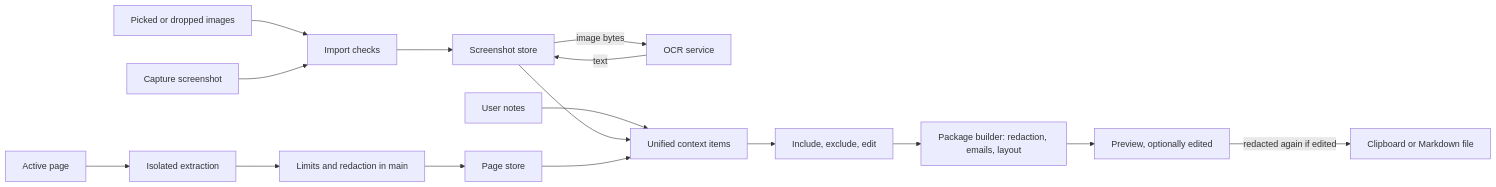
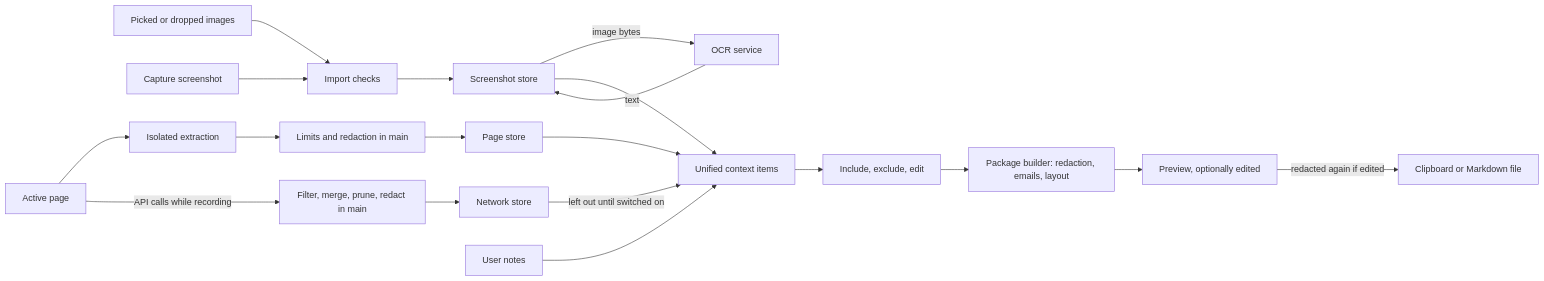
The third of 3 diagrams in docs/ARCHITECTURE.md (Avneet-singh-rainu/ai-context-bridge), drawn with Mermaid before and after one commit. The commit also changed other lines of this file and 37 other files, not shown here.

First line of the commit message:
feat(network): record API responses into the context package

````diff
--- a/docs/ARCHITECTURE.md
+++ b/docs/ARCHITECTURE.md
@@ -126,16 +132,18 @@
 ```mermaid
 flowchart LR
   files[Picked or dropped images] --> checks[Import checks]
   capture[Capture screenshot] --> checks
   checks --> shots[Screenshot store]
   shots -->|image bytes| ocr[OCR service]
   ocr -->|text| shots
   page[Active page] --> script[Isolated extraction] --> clean[Limits and redaction in main] --> pagestore[Page store]
+  page -->|API calls while recording| rec[Filter, merge, prune, redact in main] --> netstore[Network store]
+  netstore -->|left out until switched on| items
   notes[User notes] --> items
   shots --> items[Unified context items]
   pagestore --> items
   items --> review[Include, exclude, edit]
   review --> build[Package builder: redaction, emails, layout]
   build --> preview[Preview, optionally edited]
   preview -->|redacted again if edited| out[Clipboard or Markdown file]
 ```
````
